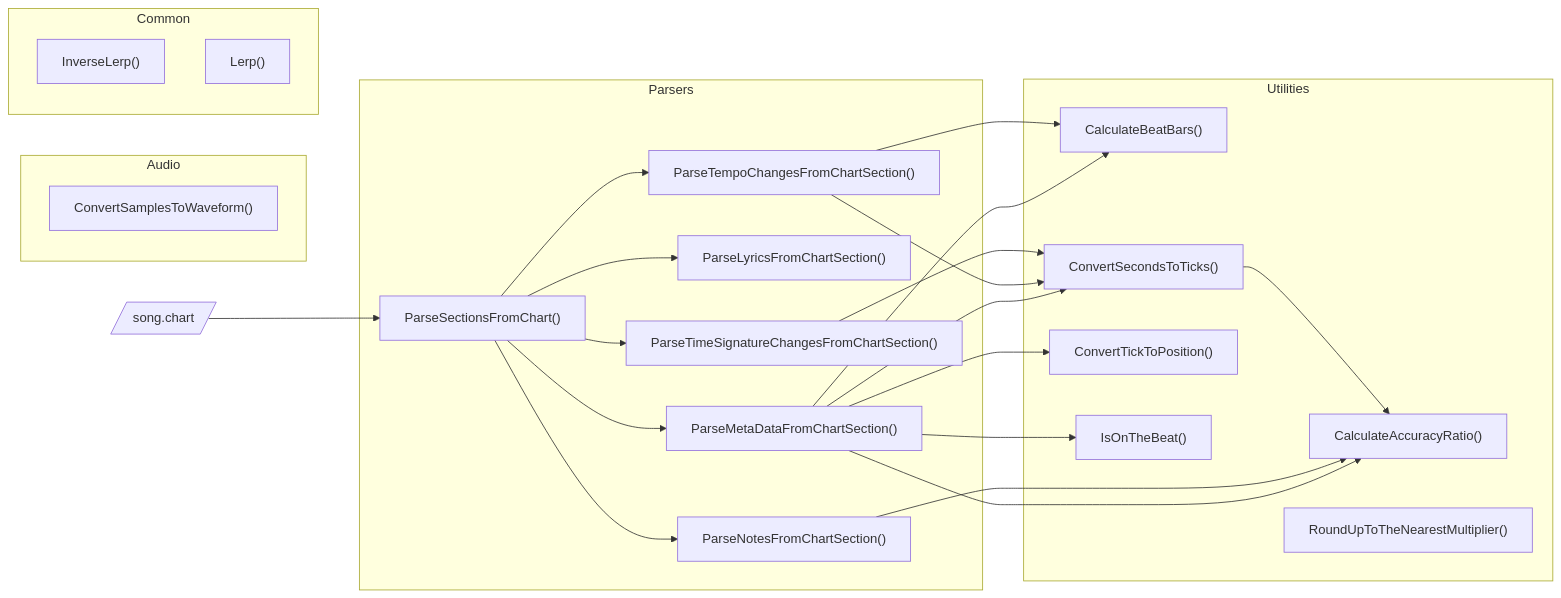
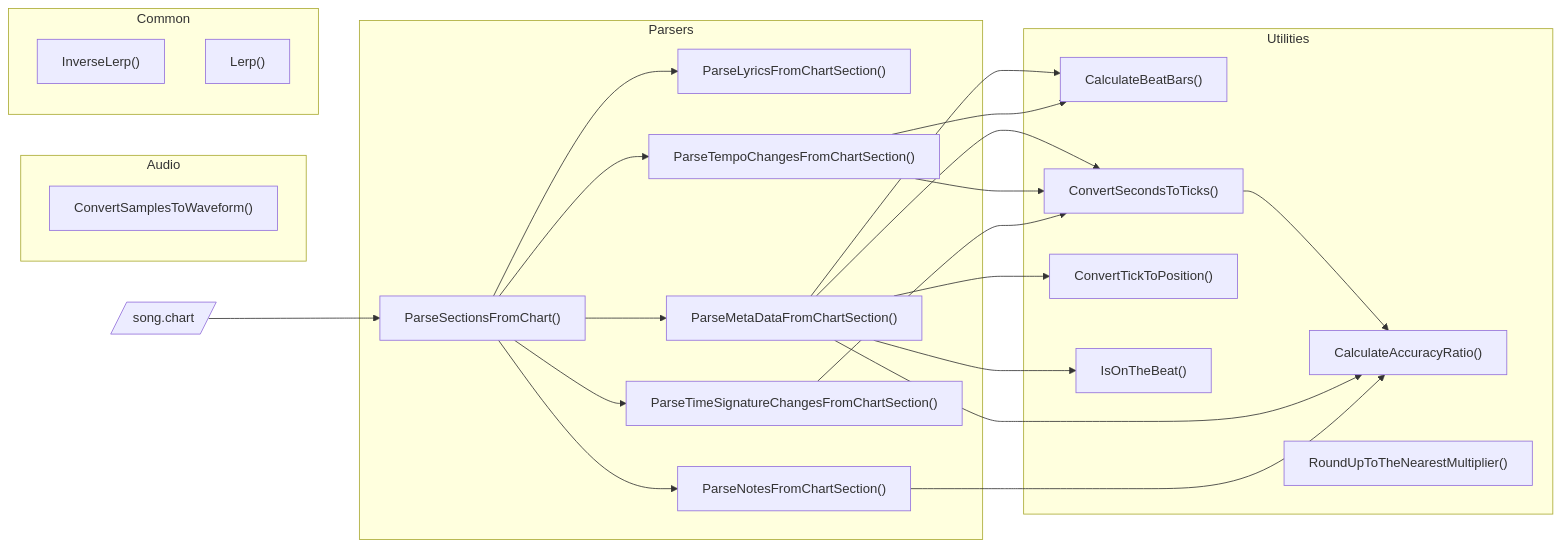
One commit to neogeek/rhythm-game-utilities changed the diagram in Documentation/Architecture.md. Above: the diagram before and after it, drawn with Mermaid. The commit also changed 3 other files, not shown here.

````diff
--- a/Documentation/Architecture.md
+++ b/Documentation/Architecture.md
@@ -7,54 +7,55 @@
 ```mermaid
 graph LR;
     file[/"song.chart"/]
 
     subgraph audioGraph ["Audio"]
         convertSamplesToWaveform["ConvertSamplesToWaveform()"]
     end
 
     subgraph commonGraph ["Common"]
         inverseLerp["InverseLerp()"]
         lerp["Lerp()"]
     end
 
     subgraph parsersGraph ["Parsers"]
         parseSectionsFromChart["ParseSectionsFromChart()"]
-        parseTempoChangesFromChartSection["ParseTempoChangesFromChartSection()"]
+
         parseLyricsFromChartSection["ParseLyricsFromChartSection()"]
         parseMetaDataFromChartSection["ParseMetaDataFromChartSection()"]
         parseNotesFromChartSection["ParseNotesFromChartSection()"]
+        parseTempoChangesFromChartSection["ParseTempoChangesFromChartSection()"]
         parseTimeSignaturesChangesFromChartSection["ParseTimeSignatureChangesFromChartSection()"]
 
-        parseSectionsFromChart-->parseTempoChangesFromChartSection
         parseSectionsFromChart-->parseLyricsFromChartSection
         parseSectionsFromChart-->parseMetaDataFromChartSection
         parseSectionsFromChart-->parseNotesFromChartSection
+        parseSectionsFromChart-->parseTempoChangesFromChartSection
         parseSectionsFromChart-->parseTimeSignaturesChangesFromChartSection
     end
 
     subgraph utilitiesGraph ["Utilities"]
         calculateAccuracyRatio["CalculateAccuracyRatio()"]
         calculateBeatBars["CalculateBeatBars()"]
         convertSecondsToTicks["ConvertSecondsToTicks()"]
         convertTickToPosition["ConvertTickToPosition()"]
         isOnTheBeat["IsOnTheBeat()"]
         roundUpToTheNearestMultiplier["RoundUpToTheNearestMultiplier()"]
     end
 
     file-->parseSectionsFromChart
 
+    convertSecondsToTicks-->calculateAccuracyRatio
     parseMetaDataFromChartSection-->calculateAccuracyRatio
     parseNotesFromChartSection-->calculateAccuracyRatio
-    convertSecondsToTicks-->calculateAccuracyRatio
 
     parseMetaDataFromChartSection-->calculateBeatBars
     parseTempoChangesFromChartSection-->calculateBeatBars
 
     parseMetaDataFromChartSection-->convertSecondsToTicks
     parseTempoChangesFromChartSection-->convertSecondsToTicks
     parseTimeSignaturesChangesFromChartSection-->convertSecondsToTicks
 
     parseMetaDataFromChartSection-->convertTickToPosition
 
     parseMetaDataFromChartSection-->isOnTheBeat
 ```
````
